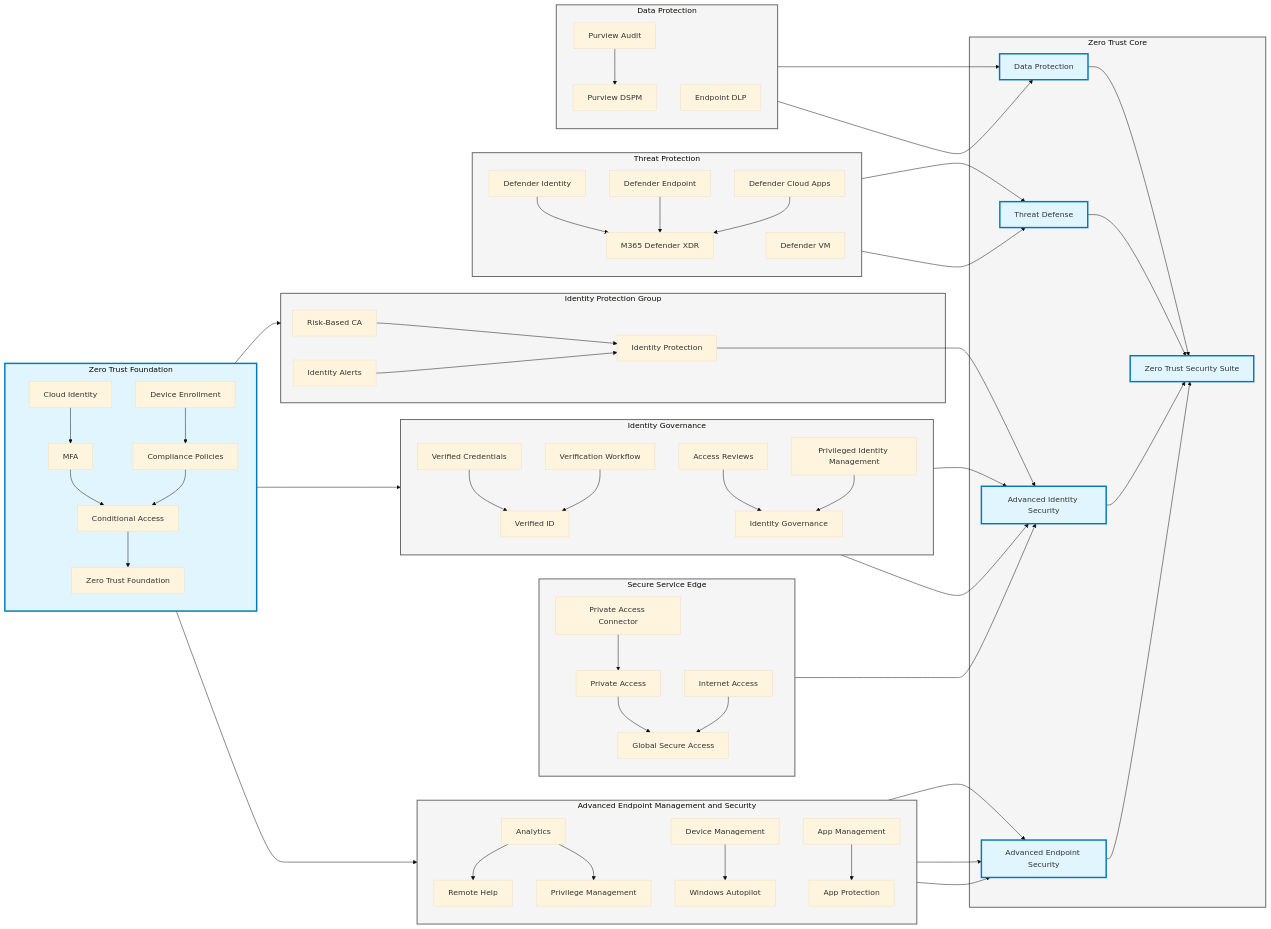
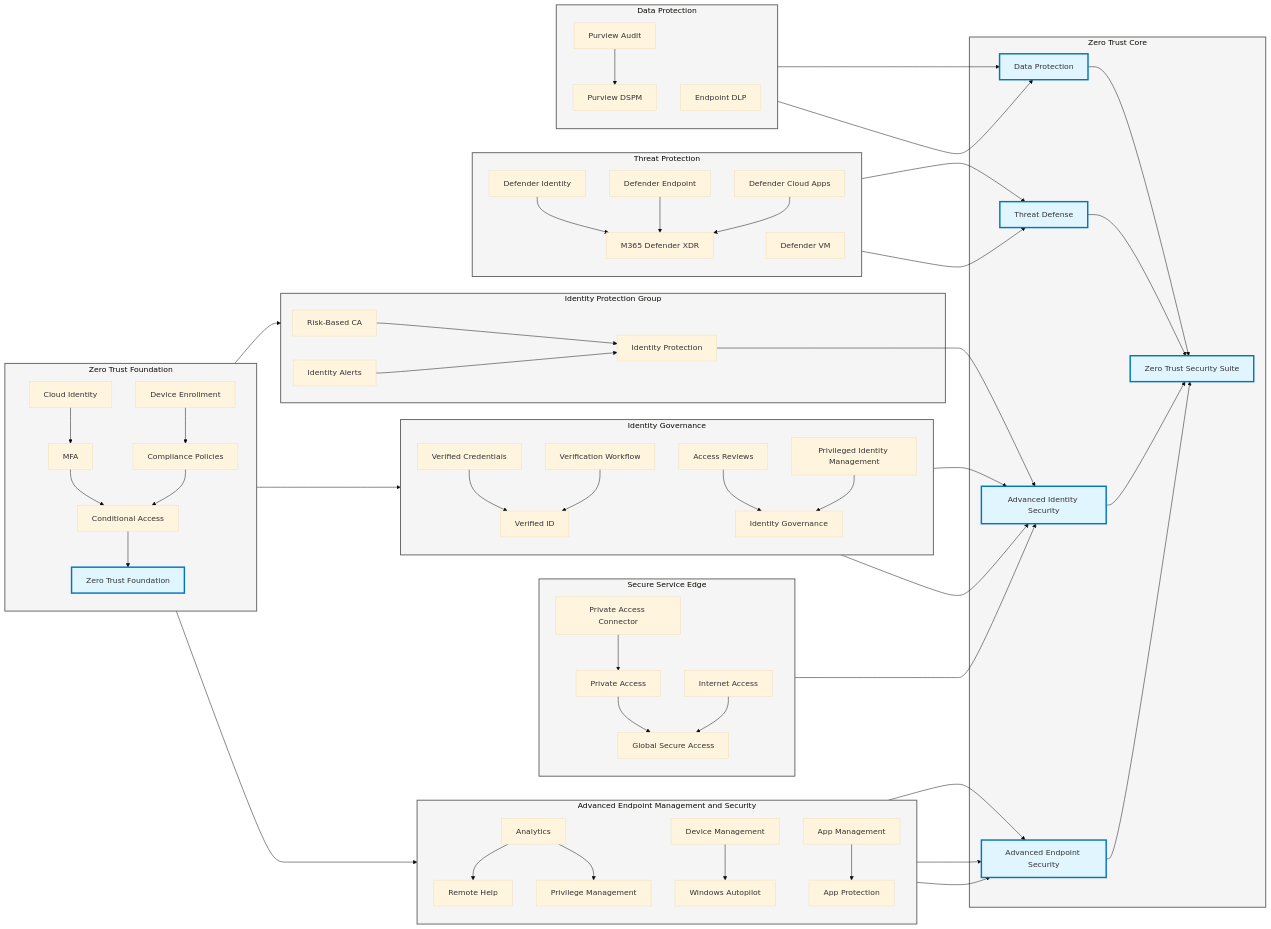
The diagram in DetailedDiagram.md (jessesuna/SecDepGuidance), drawn with Mermaid (base theme) before and after one commit.

````diff
--- a/DetailedDiagram.md
+++ b/DetailedDiagram.md
@@ -174,7 +174,7 @@
                 classDef core fill:#e1f5fe,stroke:#0277bd,stroke-width:3px
 
                 %% Apply styles
-                class Core,DataProtection,ThreatProtection,IdentityProtection,NetworkAccess,IdentityGovernance,EndpointManagement,IdentityProtectiongroup,IdentityGovernance, subgraphStyle
-                class Zero,Foundationcomponents,Data,Threats,SecureID,IntuneSuite core
+                class Core,DataProtection,ThreatProtection,IdentityProtection,NetworkAccess,IdentityGovernance,EndpointManagement,IdentityProtectiongroup,IdentityGovernance,Foundationcomponents, subgraphStyle
+                class Zero,Foundation,Data,Threats,SecureID,IntuneSuite core
 
 ```
````
